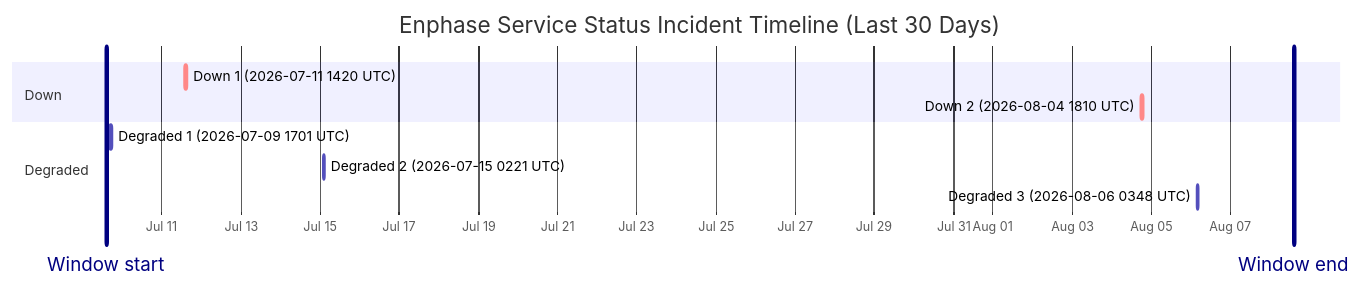
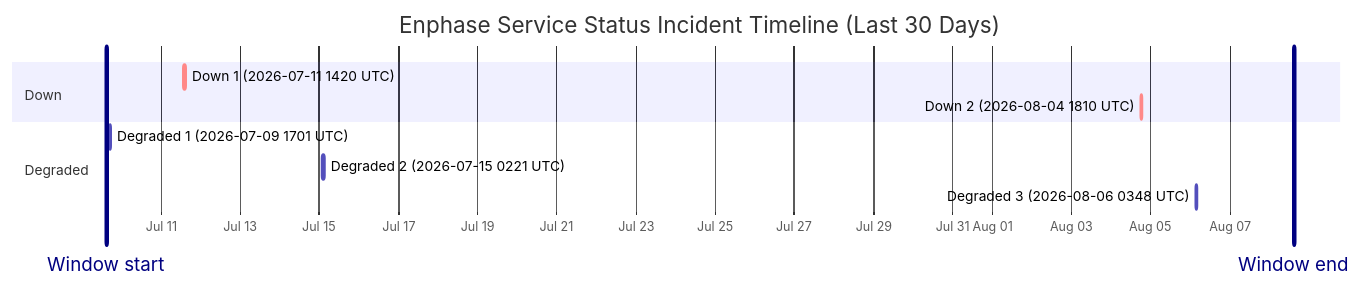
Before and after one commit to barneyonline/ha-enphase-energy: the diagram in wiki/Service-Status-History.md, drawn with Mermaid. The commit also changed other lines of this file and 3 other files, not shown here.

````diff
--- a/wiki/Service-Status-History.md
+++ b/wiki/Service-Status-History.md
@@ -14,15 +14,15 @@
 ```mermaid
 gantt
     title Enphase Service Status Incident Timeline (Last 30 Days)
     dateFormat  YYYY-MM-DDTHH:mm:ss
     axisFormat  %b %d
-    Window start :vert, window-start, 2026-07-09T14:30:05, 0ms
-    Window end :vert, window-end, 2026-08-08T14:30:05, 0ms
+    Window start :vert, window-start, 2026-07-09T15:00:24, 0ms
+    Window end :vert, window-end, 2026-08-08T15:00:24, 0ms
     section Down
     Down 1 (2026-07-11 1420 UTC) :crit, down-1, 2026-07-11T14:20:54, 69m
     Down 2 (2026-08-04 1810 UTC) :crit, down-2, 2026-08-04T18:10:46, 60m
     section Degraded
     Degraded 1 (2026-07-09 1701 UTC) :active, degraded-1, 2026-07-09T17:01:02, 60m
     Degraded 2 (2026-07-15 0221 UTC) :active, degraded-2, 2026-07-15T02:21:35, 60m
     Degraded 3 (2026-08-06 0348 UTC) :active, degraded-3, 2026-08-06T03:48:14, 60m
 ```
````
